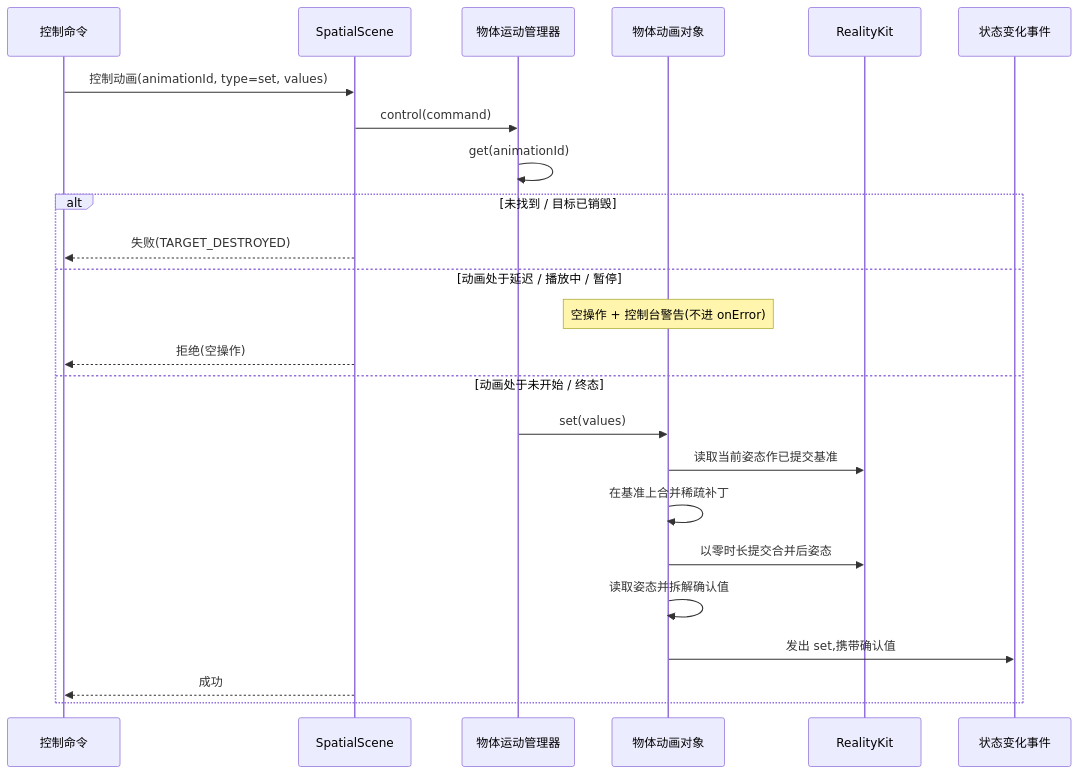
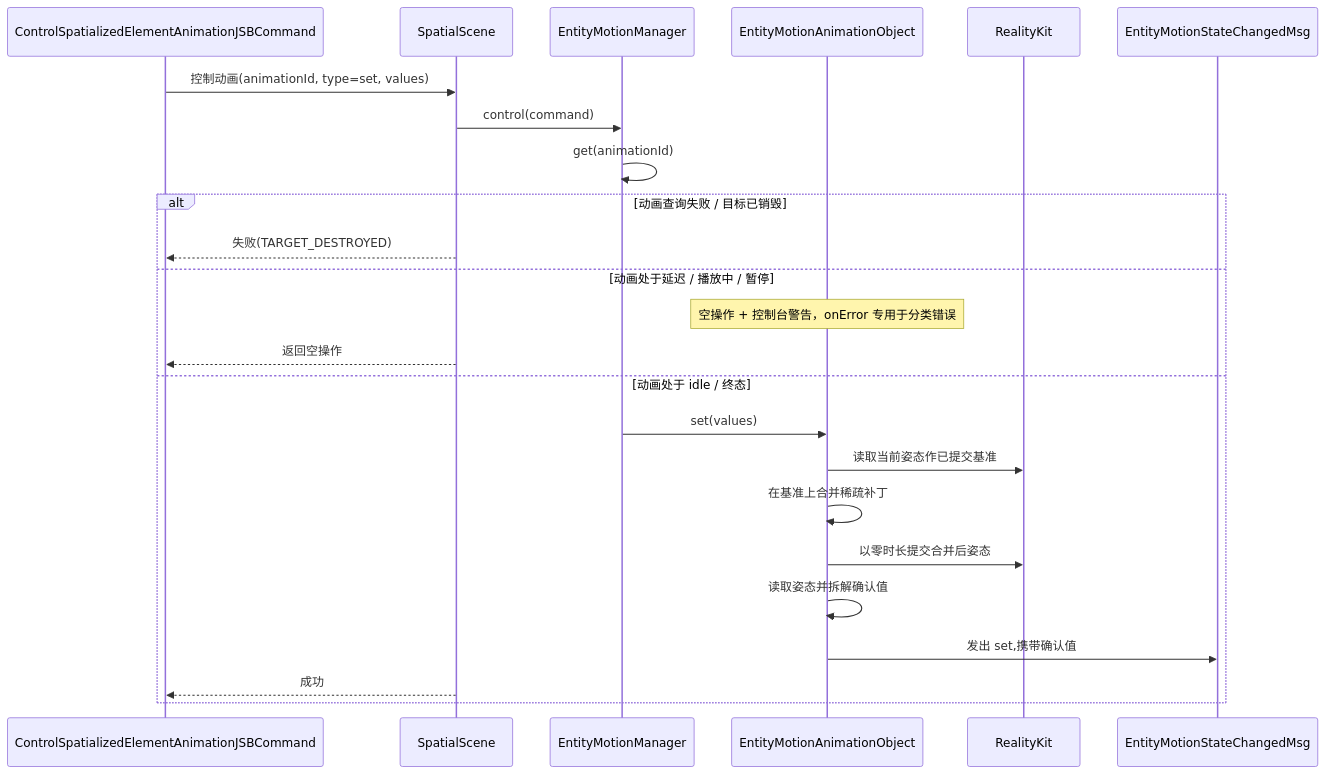
Diagram 14 of 14 in openspec/changes/redesign-entity-motion-api/design.zh.md (webspatial/webspatial-sdk), drawn with Mermaid before and after one commit. The commit also changed other lines of this file and 3 other files, not shown here.

Commit message:
update spec structure and diagram

````diff
--- a/openspec/changes/redesign-entity-motion-api/design.zh.md
+++ b/openspec/changes/redesign-entity-motion-api/design.zh.md
@@ -885,27 +999,27 @@
 ```mermaid
 sequenceDiagram
-    participant JSB as 控制命令
+    participant JSB as ControlSpatializedElementAnimationJSBCommand
     participant Scene as SpatialScene
-    participant Manager as 物体运动管理器
-    participant Obj as 物体动画对象
+    participant Manager as EntityMotionManager
+    participant Obj as EntityMotionAnimationObject
     participant RK as RealityKit
-    participant Event as 状态变化事件
+    participant Event as EntityMotionStateChangedMsg
 
     JSB->>Scene: 控制动画(animationId, type=set, values)
     Scene->>Manager: control(command)
     Manager->>Manager: get(animationId)
-    alt 未找到 / 目标已销毁
+    alt 动画查询失败 / 目标已销毁
         Scene-->>JSB: 失败(TARGET_DESTROYED)
     else 动画处于延迟 / 播放中 / 暂停
-        Note over Obj: 空操作 + 控制台警告(不进 onError)
-        Scene-->>JSB: 拒绝(空操作)
-    else 动画处于未开始 / 终态
+        Note over Obj: 空操作 + 控制台警告，onError 专用于分类错误
+        Scene-->>JSB: 返回空操作
+    else 动画处于 idle / 终态
         Manager->>Obj: set(values)
         Obj->>RK: 读取当前姿态作已提交基准
         Obj->>Obj: 在基准上合并稀疏补丁
         Obj->>RK: 以零时长提交合并后姿态
         Obj->>Obj: 读取姿态并拆解确认值
         Obj->>Event: 发出 set,携带确认值
         Scene-->>JSB: 成功
     end
 ```
````
